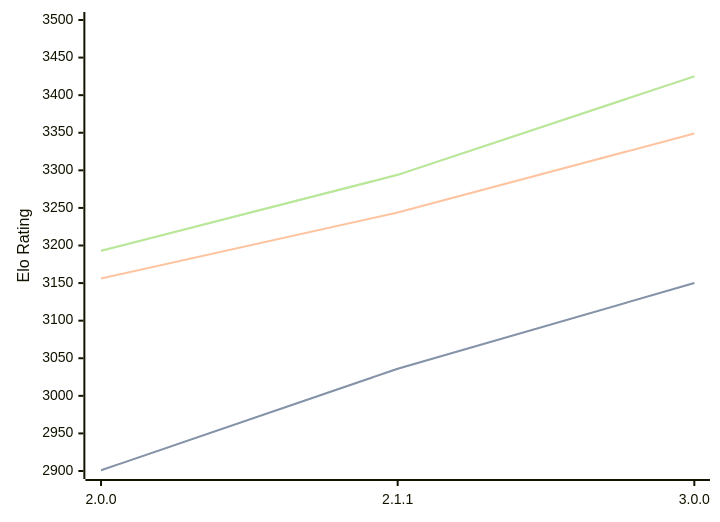
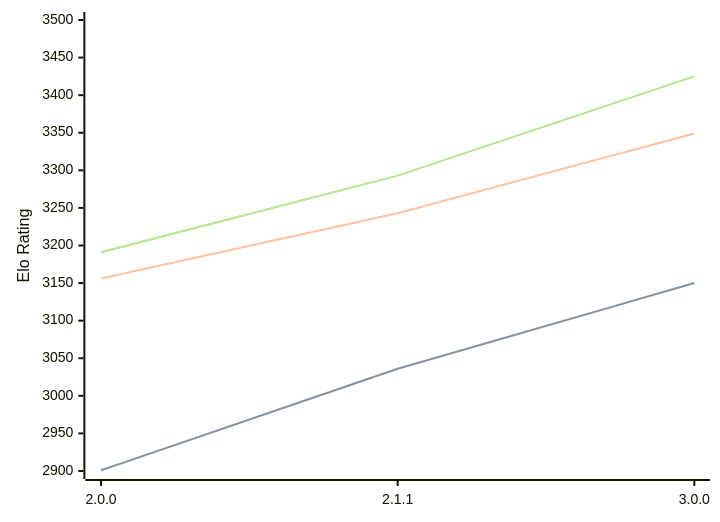
One commit to computer-chess-index/cci changed the diagram in engines/Bread.md. Above: the diagram before and after it, drawn with Mermaid. The commit also changed other lines of this file, not shown here.

Commit message:
Update CCI Ratings (ELO VLTC) - 2026-04-20

````diff
--- a/engines/Bread.md
+++ b/engines/Bread.md
@@ -51,11 +51,11 @@
 ```mermaid
 %%{init: {"theme":"base","themeVariables":{"seriesColors:['#a3a3a3','#222221','#faa371']}}}%%
 xychart-beta
   x-axis ["2.0.0", "2.1.1", "3.0.0"]
   y-axis "Elo Rating" 2900 --> 3500
   line "STC (8.0+0.08s)" [2901, 3036, 3150]
   line "STC (8.0+0.08s)" [2901, 3036, 3150]
-  line "LTC (60.0+0.60s)" [3156, 3244, 3349]
-  line "VLTC (2m24s+1.12s)" [3193, 3294, 3425]
-  line "VLTC (2m24s+1.12s)" [3193, 3294, 3425]
+  line "LTC (60.0+0.60s)" [3156, 3243, 3349]
+  line "VLTC (2m24s+1.12s)" [3191, 3293, 3425]
+  line "VLTC (2m24s+1.12s)" [3191, 3293, 3425]
 ```
````
